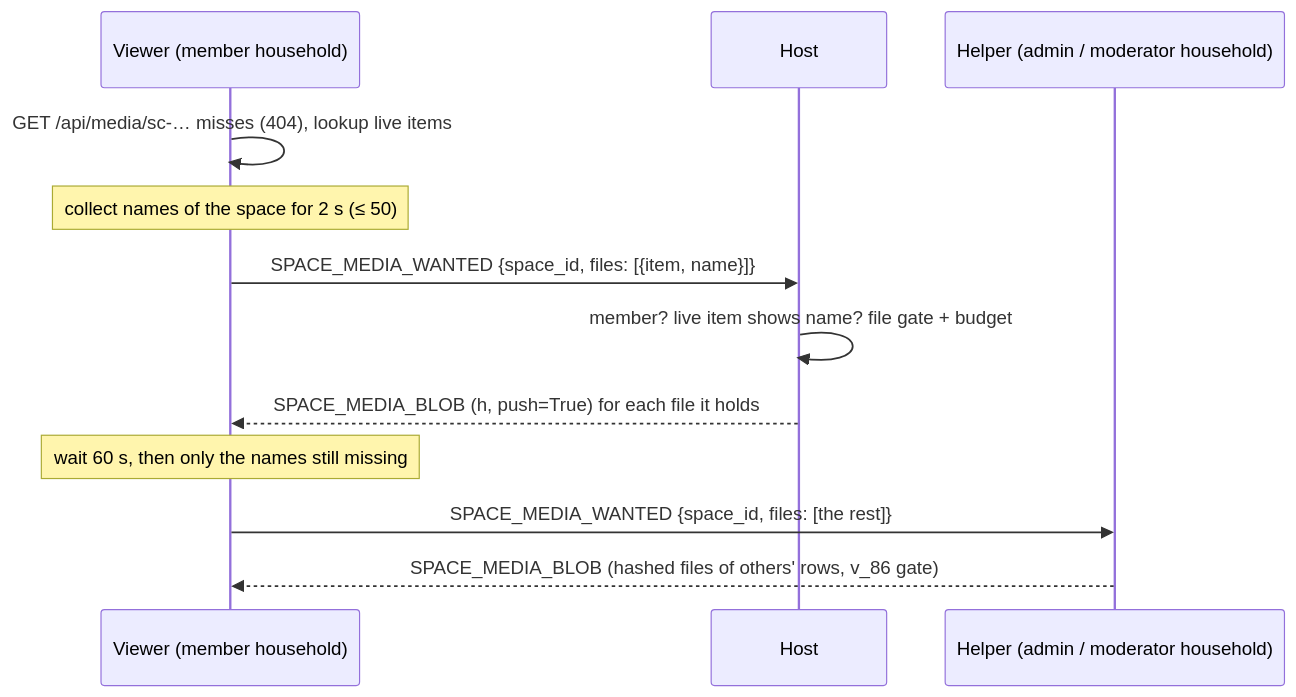
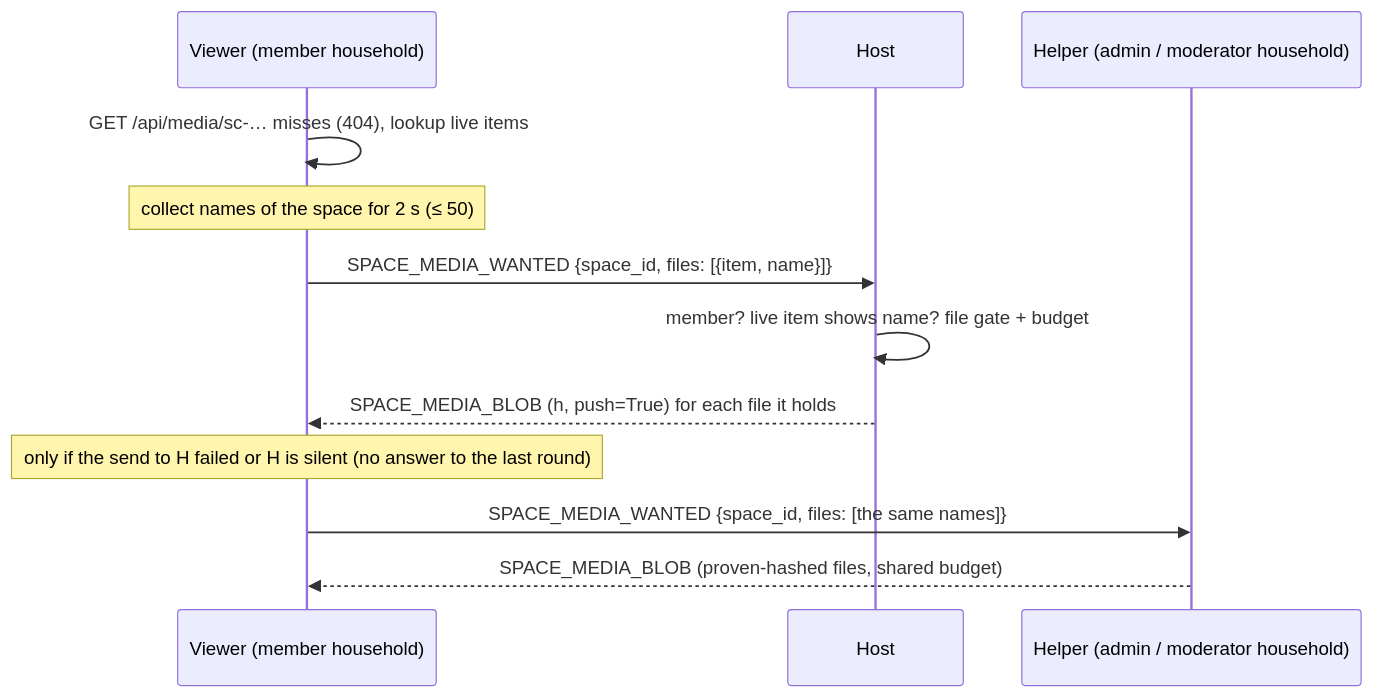
One commit to social-home-io/socialhome changed the second of 5 diagrams in docs/protocol/media.md. Above: the diagram before and after it, drawn with Mermaid. The commit also changed other lines of this file and 27 other files, not shown here.

````diff
--- a/docs/protocol/media.md
+++ b/docs/protocol/media.md
@@ -718,14 +726,14 @@
 ```mermaid
 sequenceDiagram
     participant V as Viewer (member household)
     participant H as Host
     participant A as Helper (admin / moderator household)
     V->>V: GET /api/media/sc-… misses (404), lookup live items
     Note over V: collect names of the space for 2 s (≤ 50)
     V->>H: SPACE_MEDIA_WANTED {space_id, files: [{item, name}]}
     H->>H: member? live item shows name? file gate + budget
     H-->>V: SPACE_MEDIA_BLOB (h, push=True) for each file it holds
-    Note over V: wait 60 s, then only the names still missing
-    V->>A: SPACE_MEDIA_WANTED {space_id, files: [the rest]}
-    A-->>V: SPACE_MEDIA_BLOB (hashed files of others' rows, v_86 gate)
+    Note over V: only if the send to H failed or H is silent (no answer to the last round)
+    V->>A: SPACE_MEDIA_WANTED {space_id, files: [the same names]}
+    A-->>V: SPACE_MEDIA_BLOB (proven-hashed files, shared budget)
 ```
````
